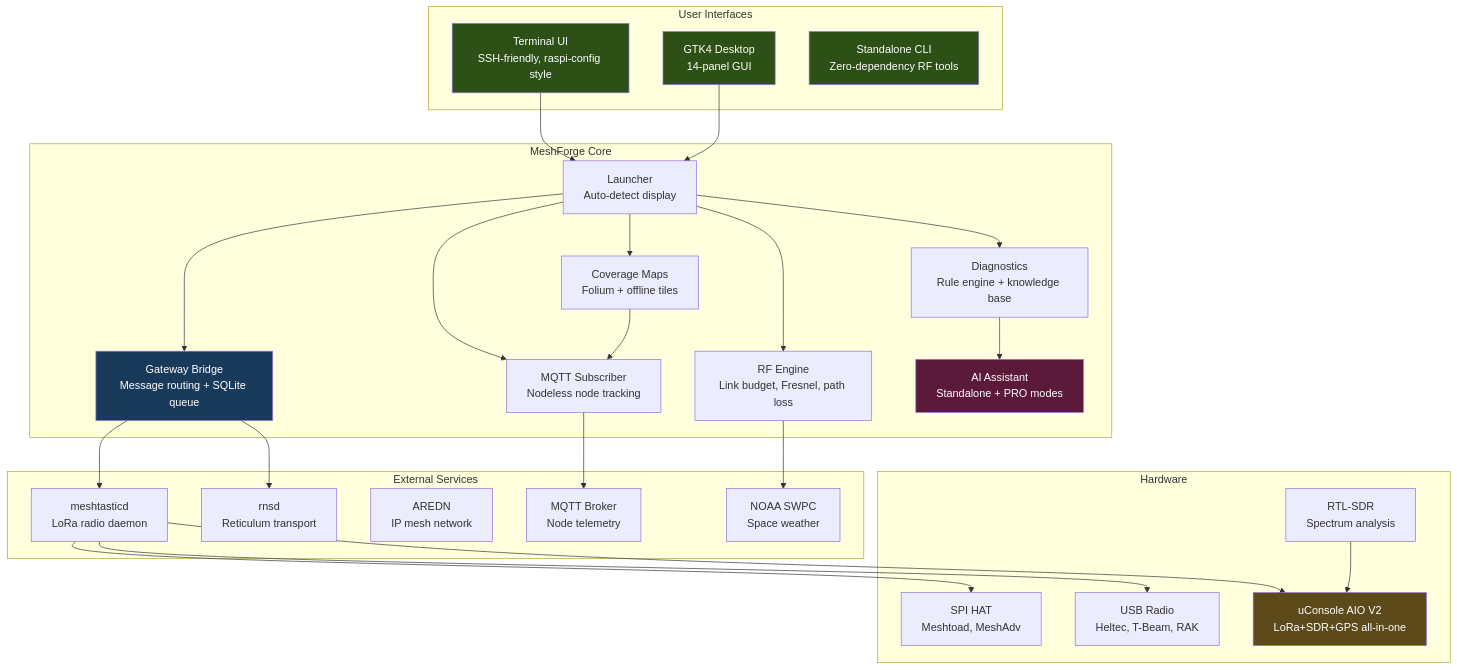
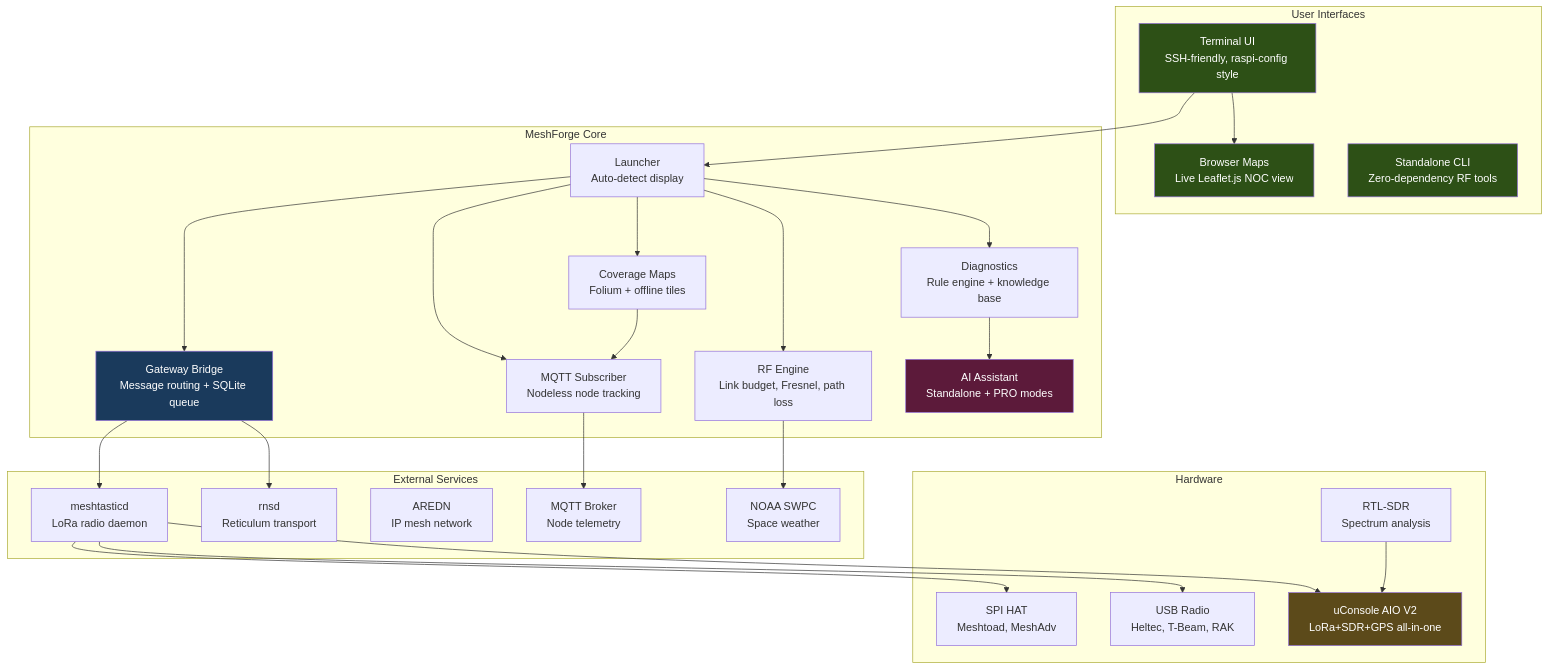
The first of 2 diagrams in README.md (Nursedude/meshanchor), drawn with Mermaid before and after one commit. The commit also changed other lines of this file and 1 other file, not shown here.

First line of the commit message:
docs: GTK frozen, TUI + browser-maps is the development path

````diff
--- a/README.md
+++ b/README.md
@@ -75,60 +75,60 @@
 ```mermaid
 graph TB
     subgraph User Interfaces
         TUI[Terminal UI<br>SSH-friendly, raspi-config style]
-        GTK[GTK4 Desktop<br>14-panel GUI]
+        BROWSER[Browser Maps<br>Live Leaflet.js NOC view]
         CLI[Standalone CLI<br>Zero-dependency RF tools]
     end
 
     subgraph MeshForge Core
         LAUNCHER[Launcher<br>Auto-detect display]
         GATEWAY[Gateway Bridge<br>Message routing + SQLite queue]
         MONITOR[MQTT Subscriber<br>Nodeless node tracking]
         MAPS[Coverage Maps<br>Folium + offline tiles]
         RF[RF Engine<br>Link budget, Fresnel, path loss]
         DIAG[Diagnostics<br>Rule engine + knowledge base]
         AI[AI Assistant<br>Standalone + PRO modes]
     end
 
     subgraph External Services
         MESHTASTICD[meshtasticd<br>LoRa radio daemon]
         RNSD[rnsd<br>Reticulum transport]
         AREDN_NET[AREDN<br>IP mesh network]
         MQTT[MQTT Broker<br>Node telemetry]
         NOAA[NOAA SWPC<br>Space weather]
     end
 
     subgraph Hardware
         SPI[SPI HAT<br>Meshtoad, MeshAdv]
         USB[USB Radio<br>Heltec, T-Beam, RAK]
         SDR[RTL-SDR<br>Spectrum analysis]
         UCONSOLE[uConsole AIO V2<br>LoRa+SDR+GPS all-in-one]
     end
 
     TUI --> LAUNCHER
-    GTK --> LAUNCHER
+    TUI --> BROWSER
     LAUNCHER --> GATEWAY
     LAUNCHER --> MONITOR
     LAUNCHER --> MAPS
     LAUNCHER --> RF
     LAUNCHER --> DIAG
     DIAG --> AI
 
     GATEWAY --> MESHTASTICD
     GATEWAY --> RNSD
     MONITOR --> MQTT
     MAPS --> MONITOR
     RF --> NOAA
 
     MESHTASTICD --> SPI
     MESHTASTICD --> USB
     MESHTASTICD --> UCONSOLE
     SDR --> UCONSOLE
 
     style TUI fill:#2d5016,color:#fff
-    style GTK fill:#2d5016,color:#fff
+    style BROWSER fill:#2d5016,color:#fff
     style CLI fill:#2d5016,color:#fff
     style GATEWAY fill:#1a3a5c,color:#fff
     style AI fill:#5c1a3a,color:#fff
     style UCONSOLE fill:#5c4a1a,color:#fff
 ```
````
